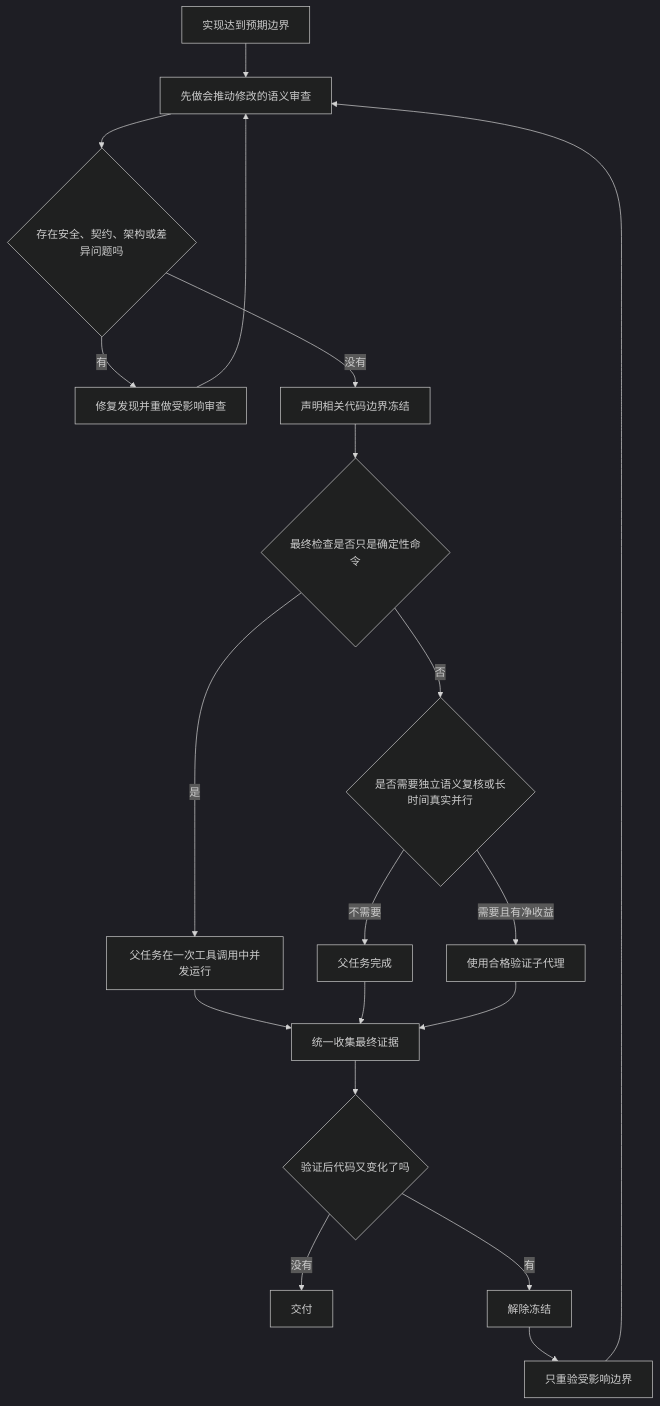
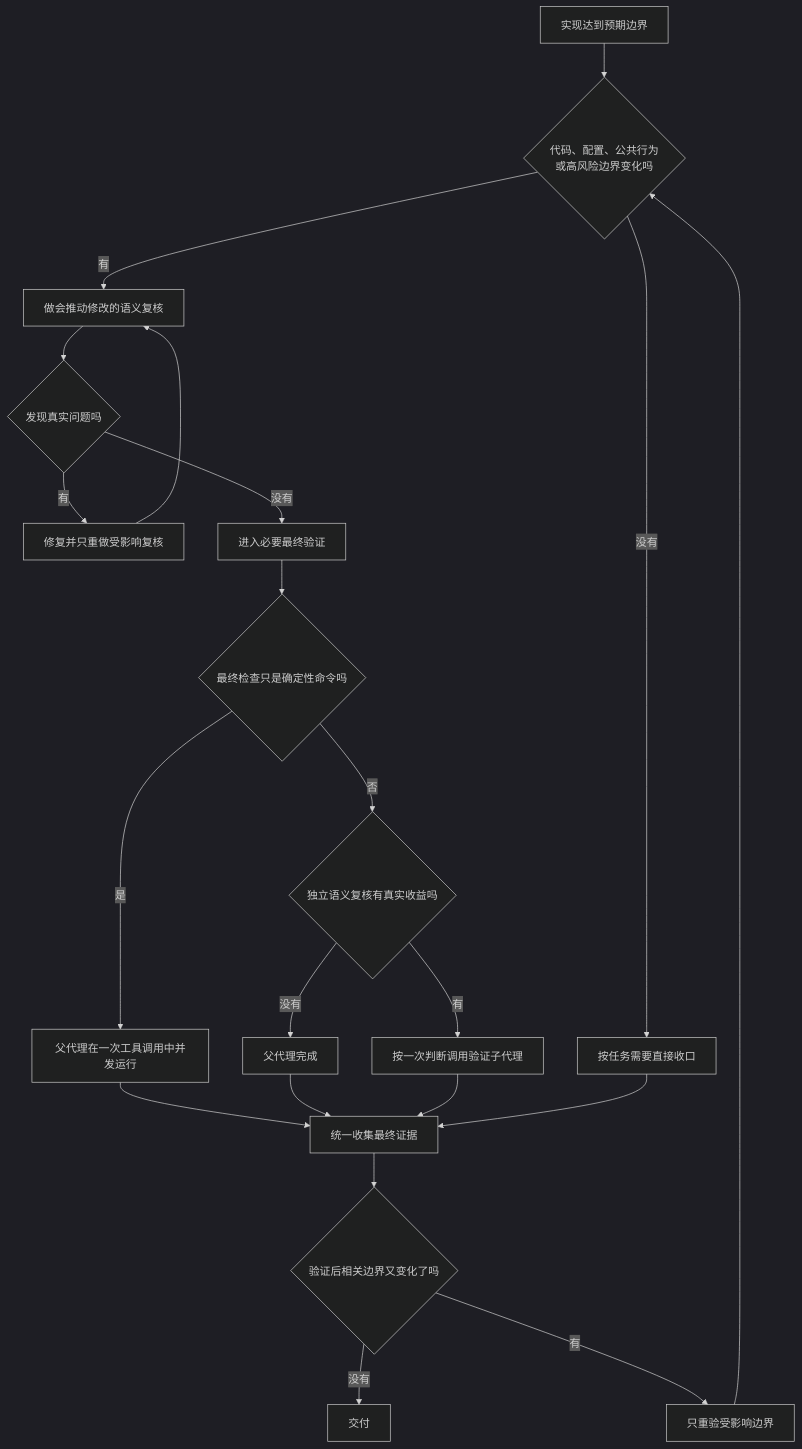
The eighth of 13 diagrams in skills/lean-stack/references/flowcharts-zh.md (Lang45/codex-lean-stack), drawn with Mermaid (dark theme) before and after one commit. The commit also changed other lines of this file and 25 other files, not shown here.

````diff
--- a/skills/lean-stack/references/flowcharts-zh.md
+++ b/skills/lean-stack/references/flowcharts-zh.md
@@ -169,21 +453,23 @@
 ```mermaid
 flowchart TD
-    A[实现达到预期边界] --> B[先做会推动修改的语义审查]
-    B --> C{存在安全、契约、架构或差异问题吗}
-    C -->|有| D[修复发现并重做受影响审查]
-    D --> B
-    C -->|没有| E[声明相关代码边界冻结]
-    E --> F{最终检查是否只是确定性命令}
-    F -->|是| G[父任务在一次工具调用中并发运行]
-    F -->|否| H{是否需要独立语义复核或长时间真实并行}
-    H -->|不需要| I[父任务完成]
-    H -->|需要且有净收益| J[使用合格验证子代理]
-    G --> K[统一收集最终证据]
-    I --> K
-    J --> K
-    K --> L{验证后代码又变化了吗}
-    L -->|没有| M[交付]
-    L -->|有| N[解除冻结]
-    N --> O[只重验受影响边界]
-    O --> B
+    A[实现达到预期边界] --> B{代码、配置、公共行为<br/>或高风险边界变化吗}
+    B -->|没有| C[按任务需要直接收口]
+    B -->|有| D[做会推动修改的语义复核]
+    D --> E{发现真实问题吗}
+    E -->|有| F[修复并只重做受影响复核]
+    F --> D
+    E -->|没有| G[进入必要最终验证]
+    G --> H{最终检查只是确定性命令吗}
+    H -->|是| I[父代理在一次工具调用中并发运行]
+    H -->|否| J{独立语义复核有真实收益吗}
+    J -->|没有| K[父代理完成]
+    J -->|有| L[按一次判断调用验证子代理]
+    I --> M[统一收集最终证据]
+    K --> M
+    L --> M
+    C --> M
+    M --> N{验证后相关边界又变化了吗}
+    N -->|没有| O[交付]
+    N -->|有| P[只重验受影响边界]
+    P --> B
 ```
````
